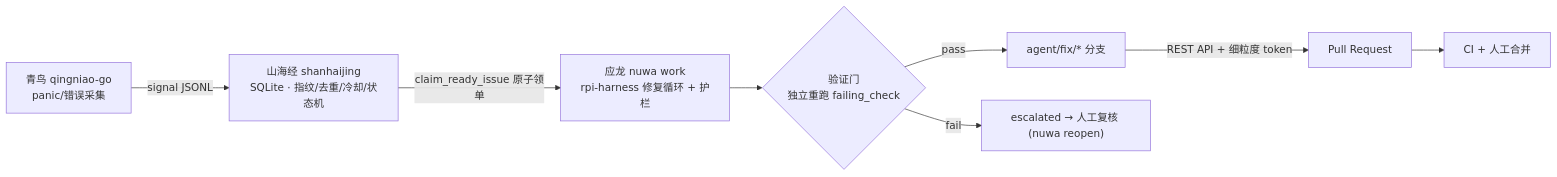
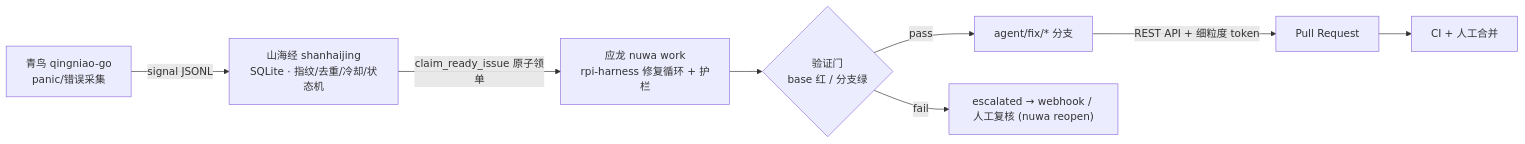
Before and after one commit to lomehong/Nuwa: the diagram in README.md, drawn with Mermaid. The commit also changed other lines of this file and 76 other files, not shown here.

````diff
--- a/README.md
+++ b/README.md
@@ -9,10 +9,10 @@
 ```mermaid
 flowchart LR
     Q["青鸟 qingniao-go<br/>panic/错误采集"] -->|"signal JSONL"| S["山海经 shanhaijing<br/>SQLite · 指纹/去重/冷却/状态机"]
     S -->|"claim_ready_issue 原子领单"| Y["应龙 nuwa work<br/>rpi-harness 修复循环 + 护栏"]
-    Y --> V{"验证门<br/>独立重跑 failing_check"}
+    Y --> V{"验证门<br/>base 红 / 分支绿"}
     V -->|pass| B["agent/fix/* 分支"]
-    V -->|fail| E["escalated → 人工复核 (nuwa reopen)"]
+    V -->|fail| E["escalated → webhook / 人工复核 (nuwa reopen)"]
     B -->|"REST API + 细粒度 token"| P["Pull Request"]
     P --> CI["CI + 人工合并"]
 ```
````
